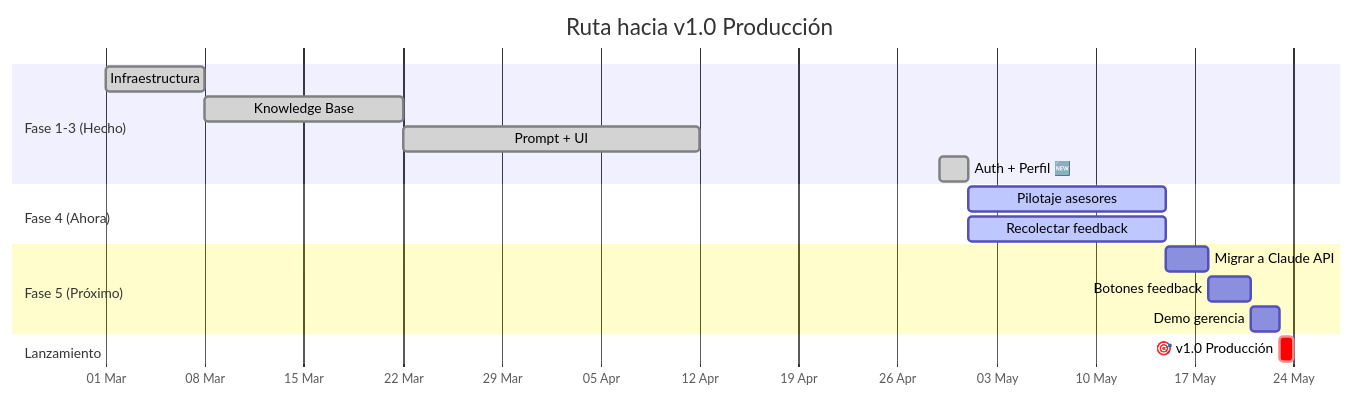
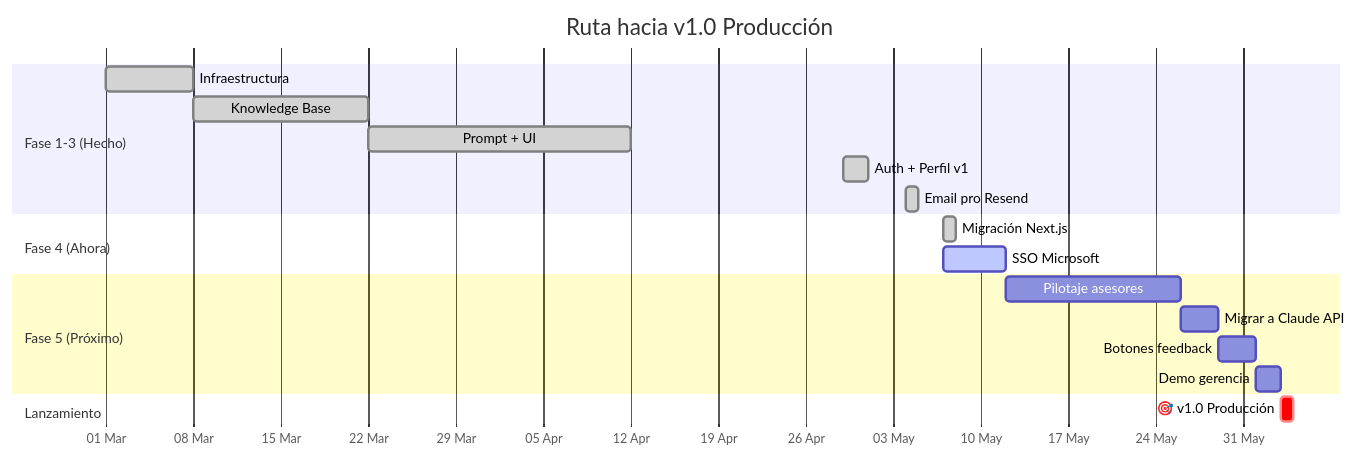
Diagram 12 of 14 in ROADMAP.md (JnSbstnRivera/WINDMAR-AI-AGENT), drawn with Mermaid before and after one commit. The commit also changed other lines of this file and 48 other files, not shown here.

First line of the commit message:
Migrate to Next.js 15 + Microsoft Entra ID SSO

````diff
--- a/ROADMAP.md
+++ b/ROADMAP.md
@@ -262,24 +294,26 @@
 ```mermaid
 gantt
     title Ruta hacia v1.0 Producción
     dateFormat YYYY-MM-DD
     axisFormat %d %b
 
     section Fase 1-3 (Hecho)
     Infraestructura      :done,    a1, 2026-03-01, 7d
     Knowledge Base       :done,    b1, 2026-03-08, 14d
     Prompt + UI          :done,    c1, 2026-03-22, 21d
-    Auth + Perfil 🆕     :done,    h1, 2026-04-29, 2d
+    Auth + Perfil v1     :done,    h1, 2026-04-29, 2d
+    Email pro Resend     :done,    h2, 2026-05-04, 1d
 
     section Fase 4 (Ahora)
-    Pilotaje asesores    :active,  e1, 2026-05-01, 14d
-    Recolectar feedback  :active,  e2, 2026-05-01, 14d
+    Migración Next.js    :done,    i1, 2026-05-07, 1d
+    SSO Microsoft        :active,  i3, 2026-05-07, 5d
 
     section Fase 5 (Próximo)
-    Migrar a Claude API  :         f1, 2026-05-15, 3d
-    Botones feedback     :         f2, 2026-05-18, 3d
-    Demo gerencia        :         f3, 2026-05-21, 2d
+    Pilotaje asesores    :         e1, 2026-05-12, 14d
+    Migrar a Claude API  :         f1, 2026-05-26, 3d
+    Botones feedback     :         f2, 2026-05-29, 3d
+    Demo gerencia        :         f3, 2026-06-01, 2d
 
     section Lanzamiento
-    🎯 v1.0 Producción   :crit,    v1, 2026-05-23, 1d
+    🎯 v1.0 Producción   :crit,    v1, 2026-06-03, 1d
 ```
````
